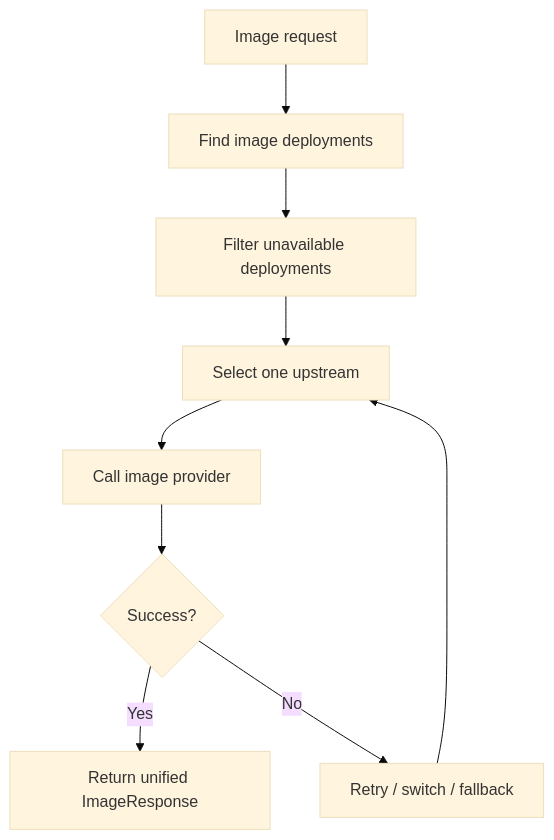
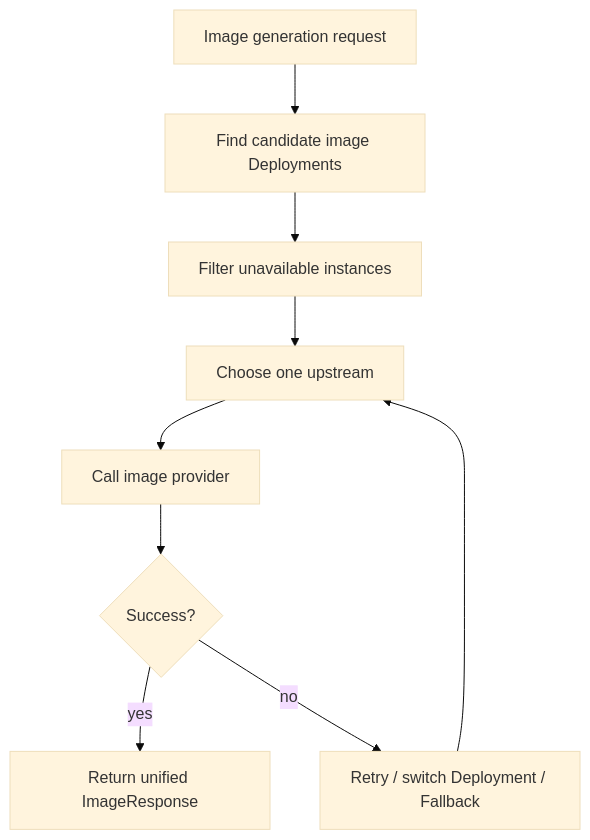
One commit to zj75968-cpu/docusaurus changed the sixth of 11 diagrams in website/i18n/en/docusaurus-plugin-content-docs/current/knowledge-base/guides/litellm-project-guide.md. Above: the diagram before and after it, drawn with Mermaid (base theme). The commit also changed other lines of this file and 1 other file, not shown here.

````diff
--- a/website/i18n/en/docusaurus-plugin-content-docs/current/knowledge-base/guides/litellm-project-guide.md
+++ b/website/i18n/en/docusaurus-plugin-content-docs/current/knowledge-base/guides/litellm-project-guide.md
@@ -258,11 +270,11 @@
 ```mermaid
 flowchart TD
-    A["Image request"] --> B["Find image deployments"]
-    B --> C["Filter unavailable deployments"]
-    C --> D["Select one upstream"]
+    A["Image generation request"] --> B["Find candidate image Deployments"]
+    B --> C["Filter unavailable instances"]
+    C --> D["Choose one upstream"]
     D --> E["Call image provider"]
     E --> F{"Success?"}
-    F -- Yes --> G["Return unified ImageResponse"]
-    F -- No --> H["Retry / switch / fallback"]
+    F -- yes --> G["Return unified ImageResponse"]
+    F -- no --> H["Retry / switch Deployment / Fallback"]
     H --> D
 ```
````
